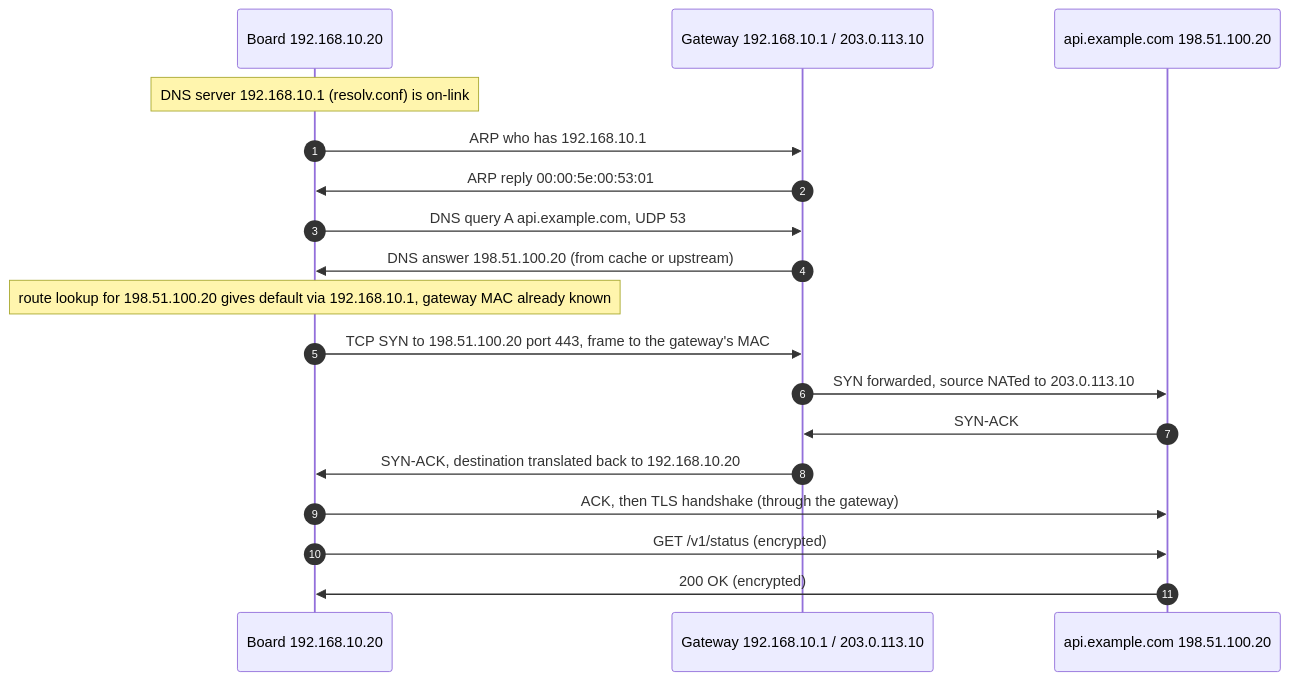
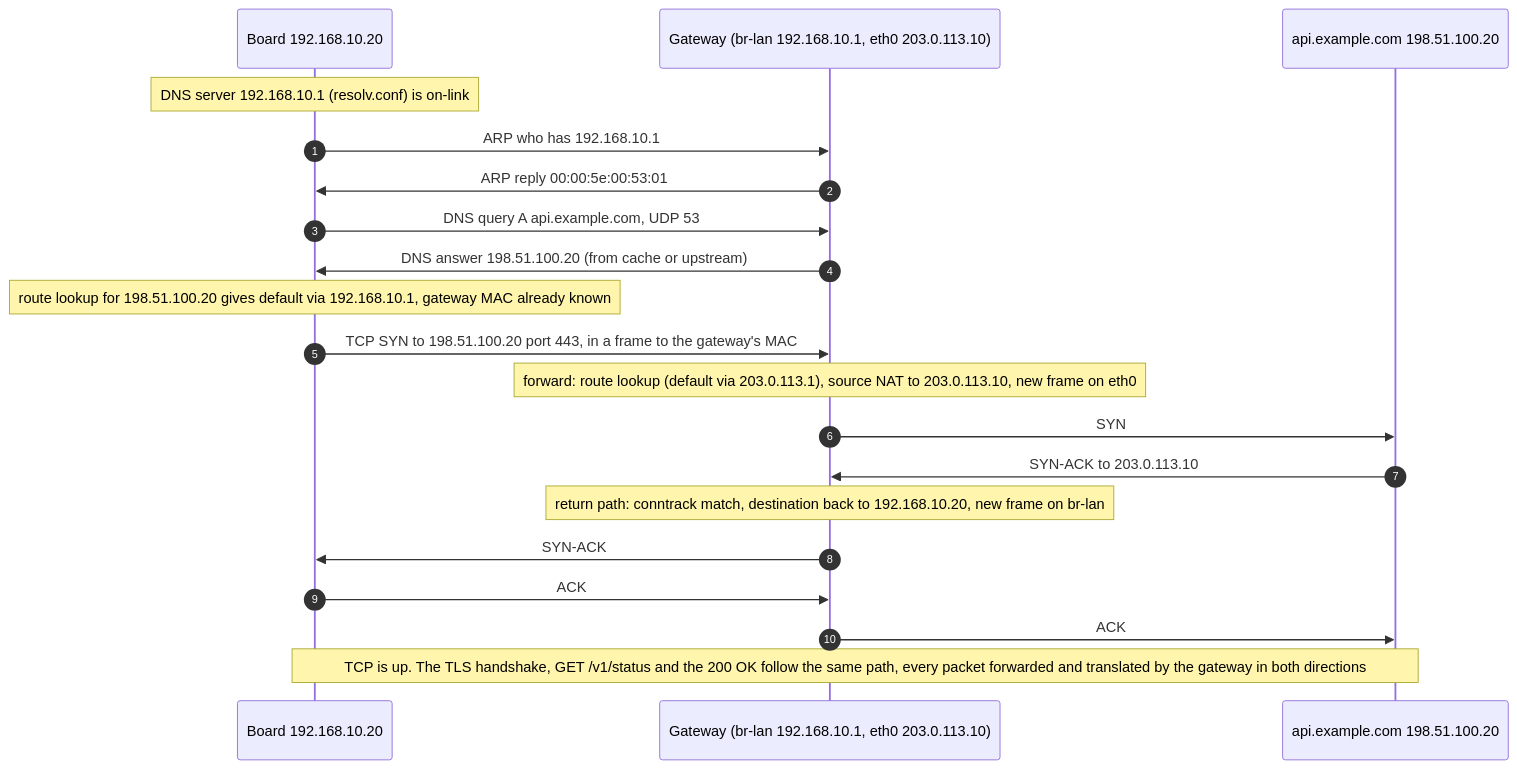
One commit to yassineflag/engineering-notes-public changed the ninth of 11 diagrams in networking/fundamentals/fundamentals.md. Above: the diagram before and after it, drawn with Mermaid. The commit also changed other lines of this file, not shown here.

````diff
--- a/networking/fundamentals/fundamentals.md
+++ b/networking/fundamentals/fundamentals.md
@@ -724,20 +813,22 @@
 ```mermaid
 sequenceDiagram
     autonumber
     participant B as Board 192.168.10.20
-    participant G as Gateway 192.168.10.1 / 203.0.113.10
+    participant G as Gateway (br-lan 192.168.10.1, eth0 203.0.113.10)
     participant S as api.example.com 198.51.100.20
     Note over B: DNS server 192.168.10.1 (resolv.conf) is on-link
     B->>G: ARP who has 192.168.10.1
     G->>B: ARP reply 00:00:5e:00:53:01
     B->>G: DNS query A api.example.com, UDP 53
     G->>B: DNS answer 198.51.100.20 (from cache or upstream)
     Note over B: route lookup for 198.51.100.20 gives default via 192.168.10.1, gateway MAC already known
-    B->>G: TCP SYN to 198.51.100.20 port 443, frame to the gateway's MAC
-    G->>S: SYN forwarded, source NATed to 203.0.113.10
-    S->>G: SYN-ACK
-    G->>B: SYN-ACK, destination translated back to 192.168.10.20
-    B->>S: ACK, then TLS handshake (through the gateway)
-    B->>S: GET /v1/status (encrypted)
-    S->>B: 200 OK (encrypted)
+    B->>G: TCP SYN to 198.51.100.20 port 443, in a frame to the gateway's MAC
+    Note over G: forward: route lookup (default via 203.0.113.1), source NAT to 203.0.113.10, new frame on eth0
+    G->>S: SYN
+    S->>G: SYN-ACK to 203.0.113.10
+    Note over G: return path: conntrack match, destination back to 192.168.10.20, new frame on br-lan
+    G->>B: SYN-ACK
+    B->>G: ACK
+    G->>S: ACK
+    Note over B,S: TCP is up. The TLS handshake, GET /v1/status and the 200 OK follow the same path, every packet forwarded and translated by the gateway in both directions
 ```
````
